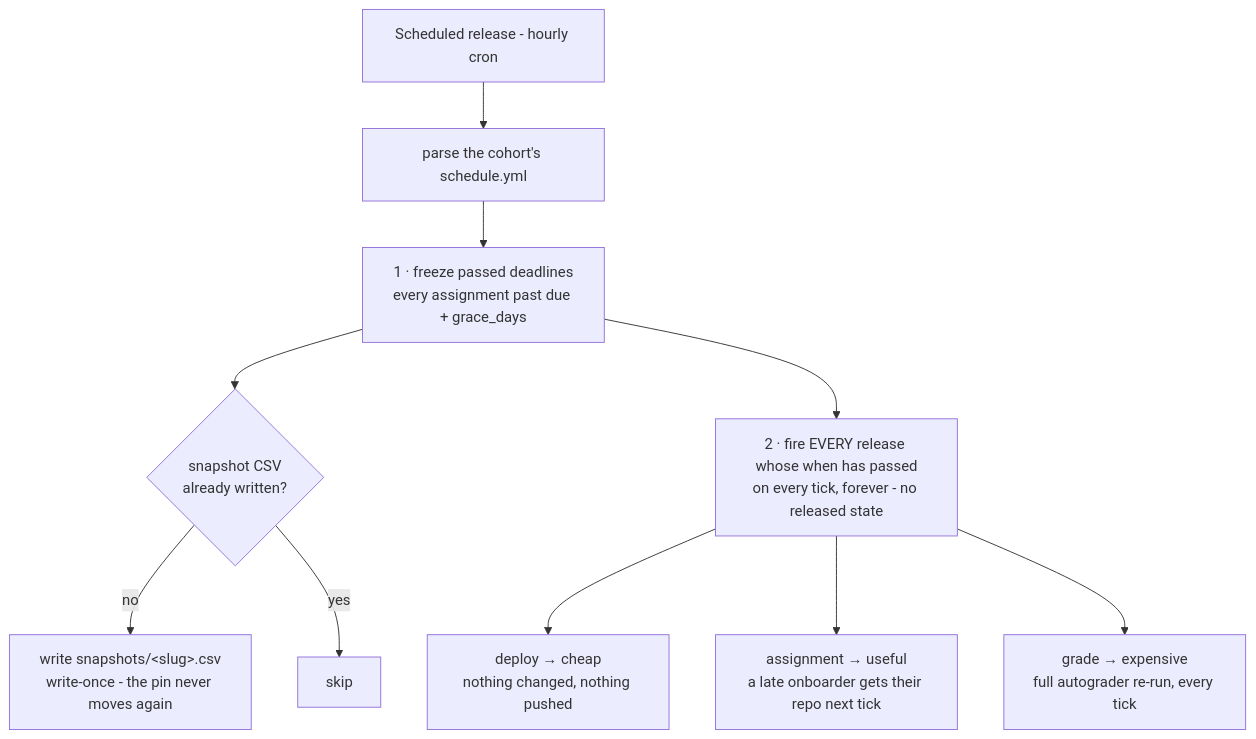
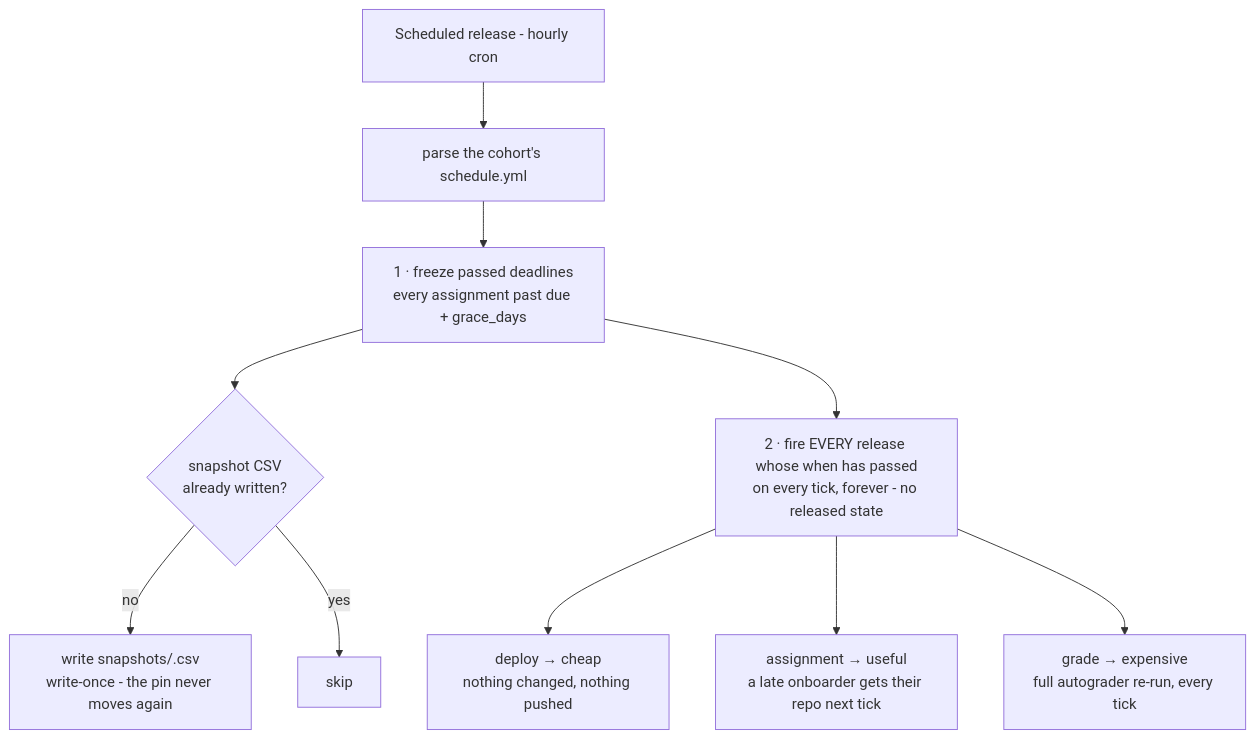
The diagram in docs/faculty-and-instructors/06-schedule-releases.md (hertie-data-science-lab/dsl-teaching-course-setup), drawn with Mermaid before and after one commit. The commit also changed 5 other files, not shown here.

Commit message:
docs: mermaid markdown-string labels for line breaks and bold

````diff
--- a/docs/faculty-and-instructors/06-schedule-releases.md
+++ b/docs/faculty-and-instructors/06-schedule-releases.md
@@ -84,19 +84,19 @@
 ```mermaid
 flowchart TB
   cron["Scheduled release - hourly cron"] --> parse["parse the cohort's schedule.yml"]
-  parse --> p1["1 · freeze passed deadlines
-every assignment past due + grace_days"]
-  p1 --> snap{"snapshot CSV
-already written?"}
-  snap -- no --> freeze["write snapshots/&lt;slug&gt;.csv
-write-once - the pin never moves again"]
+  parse --> p1["`1 · freeze passed deadlines
+every assignment past due + grace_days`"]
+  p1 --> snap{"`snapshot CSV
+already written?`"}
+  snap -- no --> freeze["`write snapshots/<slug>.csv
+write-once - the pin never moves again`"]
   snap -- yes --> skip["skip"]
-  p1 --> p2["2 · fire EVERY release whose when has passed
-on every tick, forever - no released state"]
-  p2 --> dep["deploy → cheap
-nothing changed, nothing pushed"]
-  p2 --> asg["assignment → useful
-a late onboarder gets their repo next tick"]
-  p2 --> grd["grade → expensive
-full autograder re-run, every tick"]
+  p1 --> p2["`2 · fire EVERY release whose when has passed
+on every tick, forever - no released state`"]
+  p2 --> dep["`deploy → cheap
+nothing changed, nothing pushed`"]
+  p2 --> asg["`assignment → useful
+a late onboarder gets their repo next tick`"]
+  p2 --> grd["`grade → expensive
+full autograder re-run, every tick`"]
 ```
````
